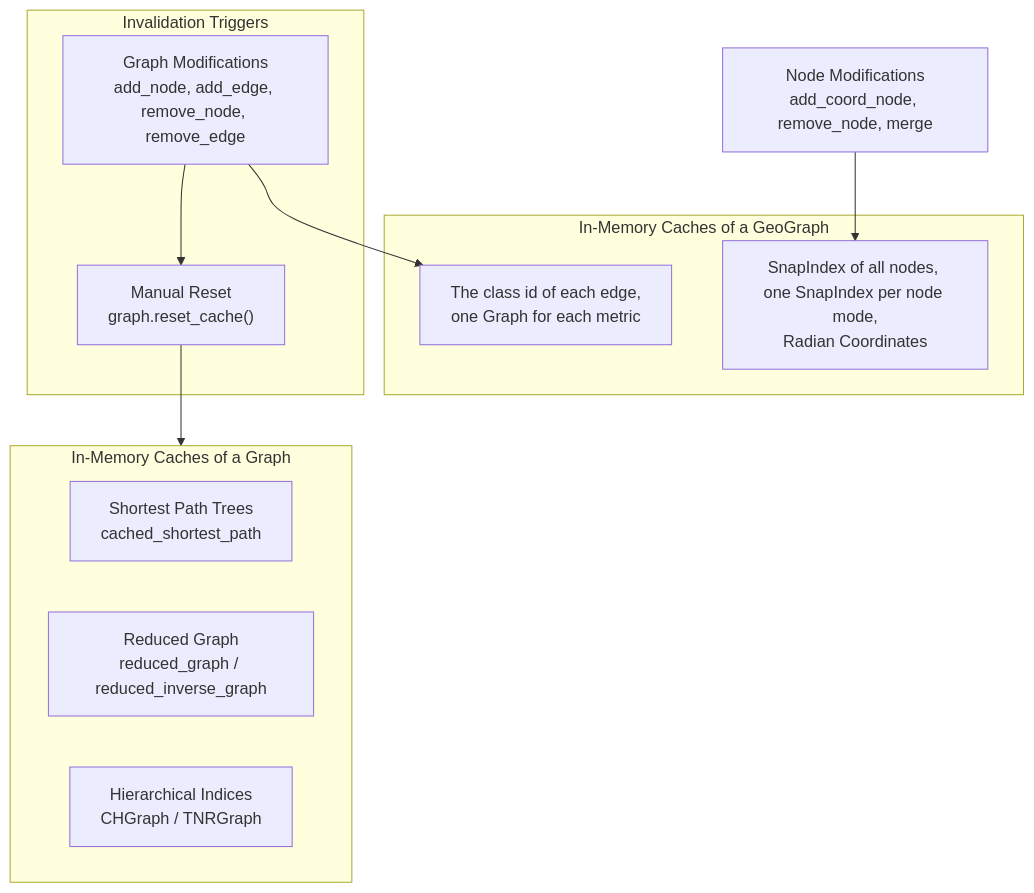
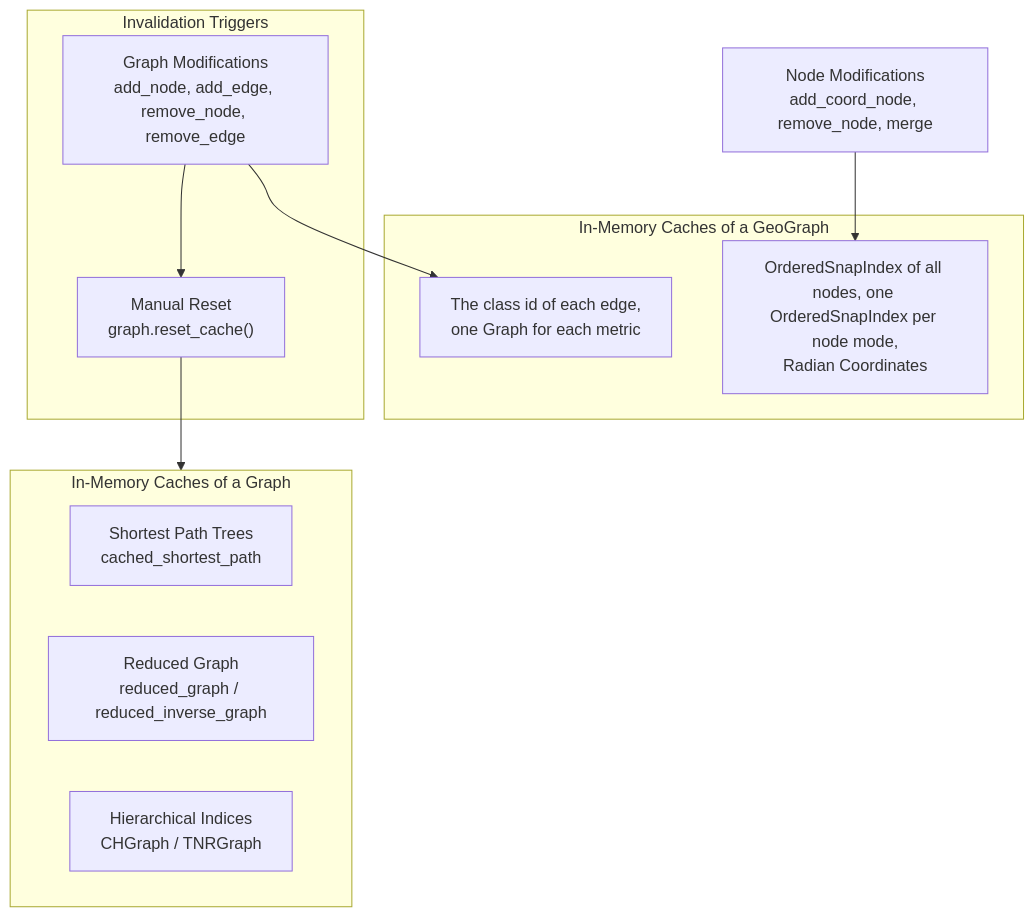
The fourth of 4 diagrams in ARCHITECTURE.md (connor-makowski/scgraph), drawn with Mermaid before and after one commit. The commit also changed other lines of this file and 13 other files, not shown here.

First line of the commit message:
Rename SnapIndex to OrderedSnapIndex

````diff
--- a/ARCHITECTURE.md
+++ b/ARCHITECTURE.md
@@ -390,21 +390,21 @@
 ```mermaid
 flowchart TD
     subgraph RAM["In-Memory Caches of a Graph"]
         T["Shortest Path Trees<br/>cached_shortest_path"]
         R["Reduced Graph<br/>reduced_graph / reduced_inverse_graph"]
         H["Hierarchical Indices<br/>CHGraph / TNRGraph"]
     end
     subgraph GEO["In-Memory Caches of a GeoGraph"]
-        S["SnapIndex of all nodes, one SnapIndex per node mode,<br/>Radian Coordinates"]
+        S["OrderedSnapIndex of all nodes, one OrderedSnapIndex per node mode,<br/>Radian Coordinates"]
         W["The class id of each edge,<br/>one Graph for each metric"]
     end
     subgraph Triggers["Invalidation Triggers"]
         M["Graph Modifications<br/>add_node, add_edge, remove_node, remove_edge"]
         C["Manual Reset<br/>graph.reset_cache()"]
     end
     N["Node Modifications<br/>add_coord_node, remove_node, merge"]
     M --> C
     C --> RAM
     M --> W
     N --> S
 ```
````
